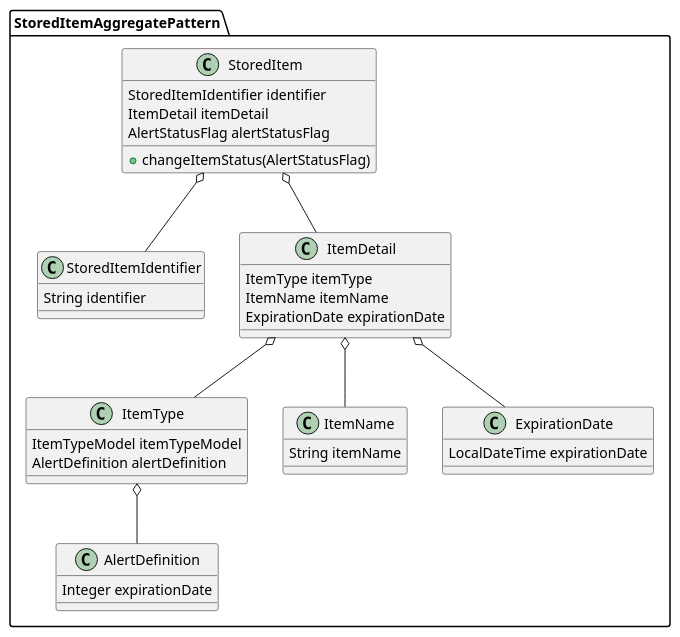
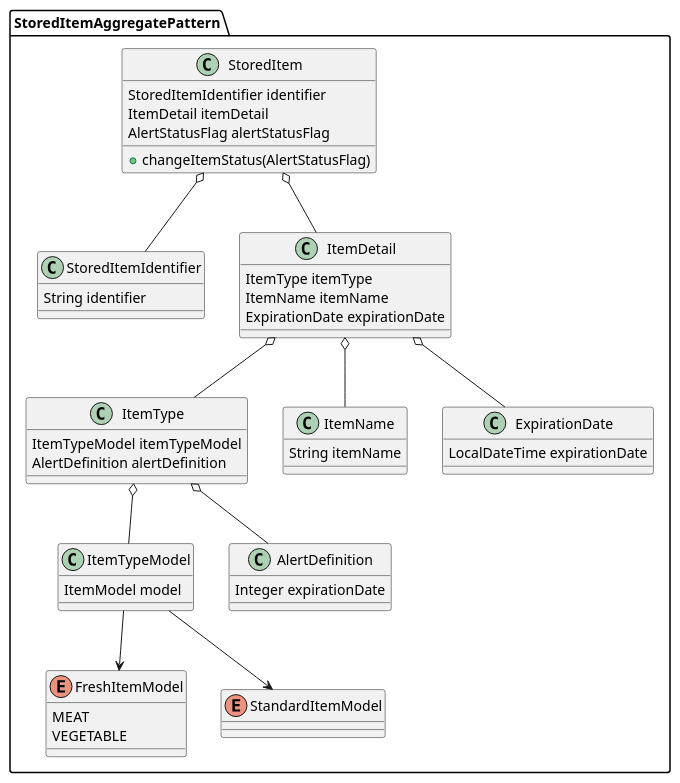
One commit to zoeque/limitchecker-spring-boot changed the diagram in doc/diagram/item_model.puml. Above: the diagram before and after it, drawn with PlantUML. The commit also changed 1 other file, not shown here.

```diff
--- a/doc/diagram/item_model.puml
+++ b/doc/diagram/item_model.puml
@@ -1,38 +1,51 @@
 @startuml
 package StoredItemAggregatePattern {
   class StoredItem{
     StoredItemIdentifier identifier
     ItemDetail itemDetail
     AlertStatusFlag alertStatusFlag
     + changeItemStatus(AlertStatusFlag)
   }
   class StoredItemIdentifier {
     String identifier
   }
   class ItemDetail {
     ItemType itemType
     ItemName itemName
     ExpirationDate expirationDate
   }
 
   class ItemType {
     ItemTypeModel itemTypeModel
     AlertDefinition alertDefinition
   }
+  class ItemTypeModel {
+    ItemModel model
+  }
+  enum FreshItemModel {
+    MEAT
+    VEGETABLE
+  }
+  enum StandardItemModel
+
   class AlertDefinition {
     Integer expirationDate
   }
   class ItemName {
     String itemName
   }
   class ExpirationDate {
     LocalDateTime expirationDate
   }
 }
 StoredItem o-- StoredItemIdentifier
 StoredItem o-- ItemDetail
 ItemDetail o-- ItemName
 ItemDetail o-- ItemType
 ItemDetail o-- ExpirationDate
 ItemType o-- AlertDefinition
+ItemType o-- ItemTypeModel
+ItemTypeModel --> FreshItemModel
+ItemTypeModel --> StandardItemModel
+
 @enduml
```
